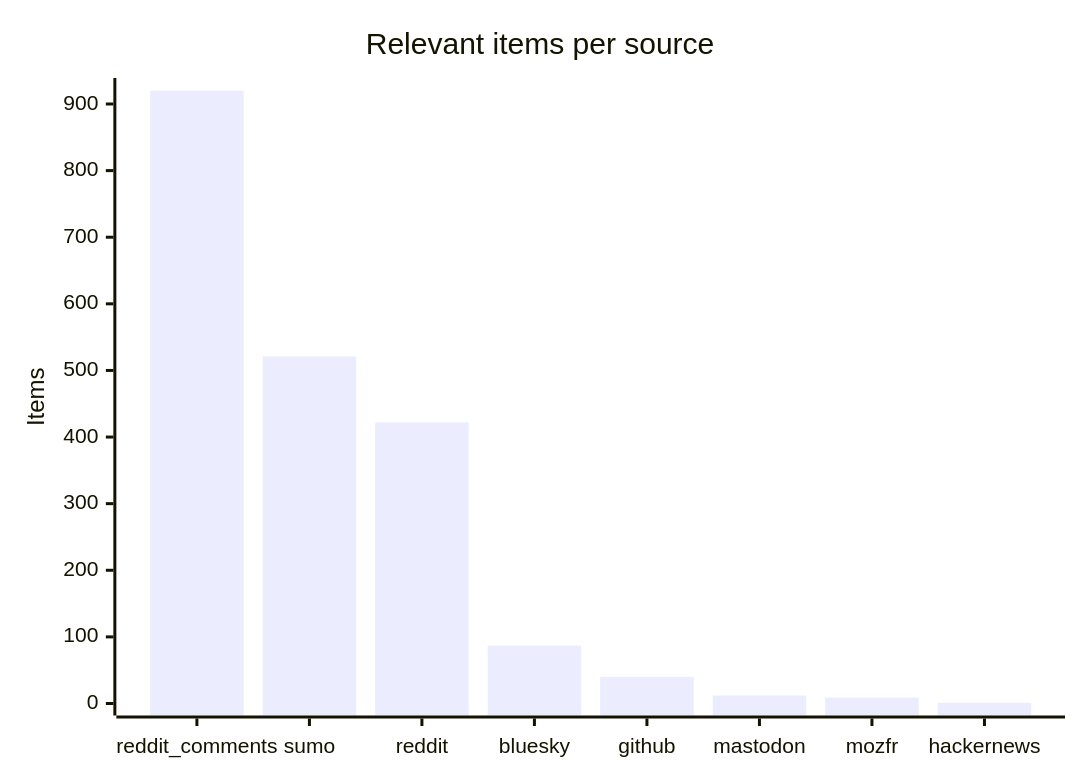
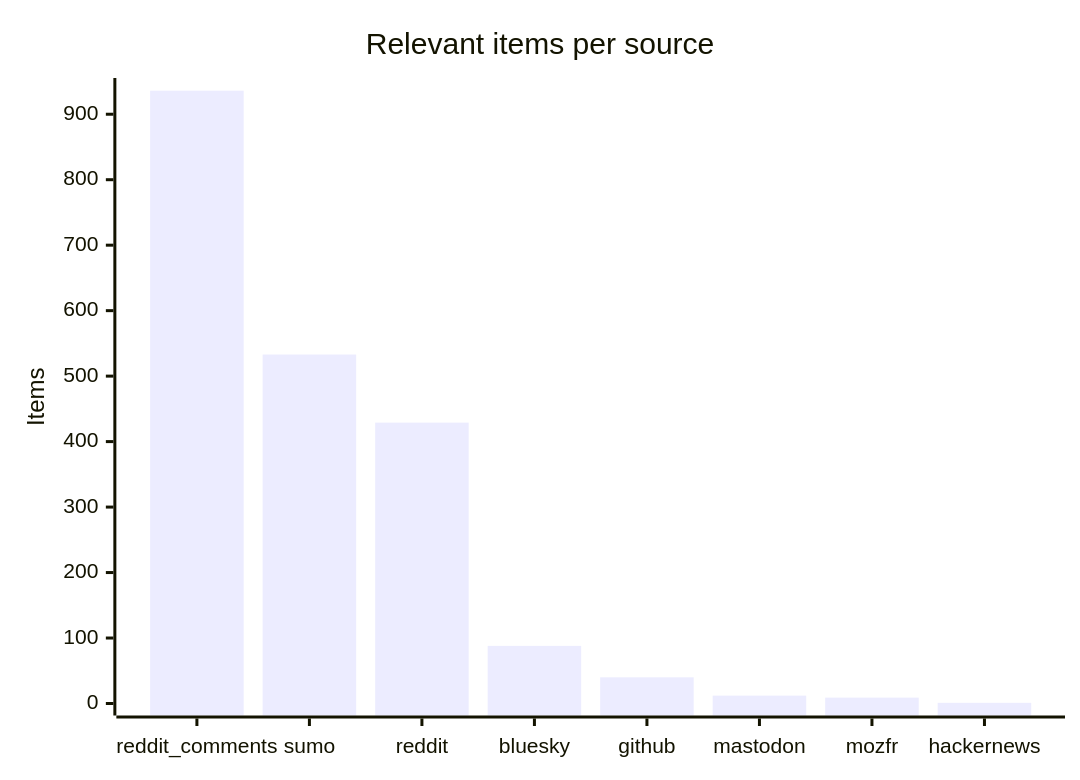
One commit to martinbalfanz/social-scanner-reports changed the third of 4 diagrams in README.md. Above: the diagram before and after it, drawn with Mermaid. The commit also changed other lines of this file and 4 other files, not shown here.

````diff
--- a/README.md
+++ b/README.md
@@ -48,7 +48,7 @@
 ```mermaid
 xychart-beta
     title "Relevant items per source"
     x-axis ["reddit_comments", "sumo", "reddit", "bluesky", "github", "mastodon", "mozfr", "hackernews"]
-    y-axis "Items" 0 --> 921
-    bar [920, 521, 422, 87, 40, 12, 9, 1]
+    y-axis "Items" 0 --> 937
+    bar [936, 533, 429, 88, 40, 12, 9, 1]
 ```
````
